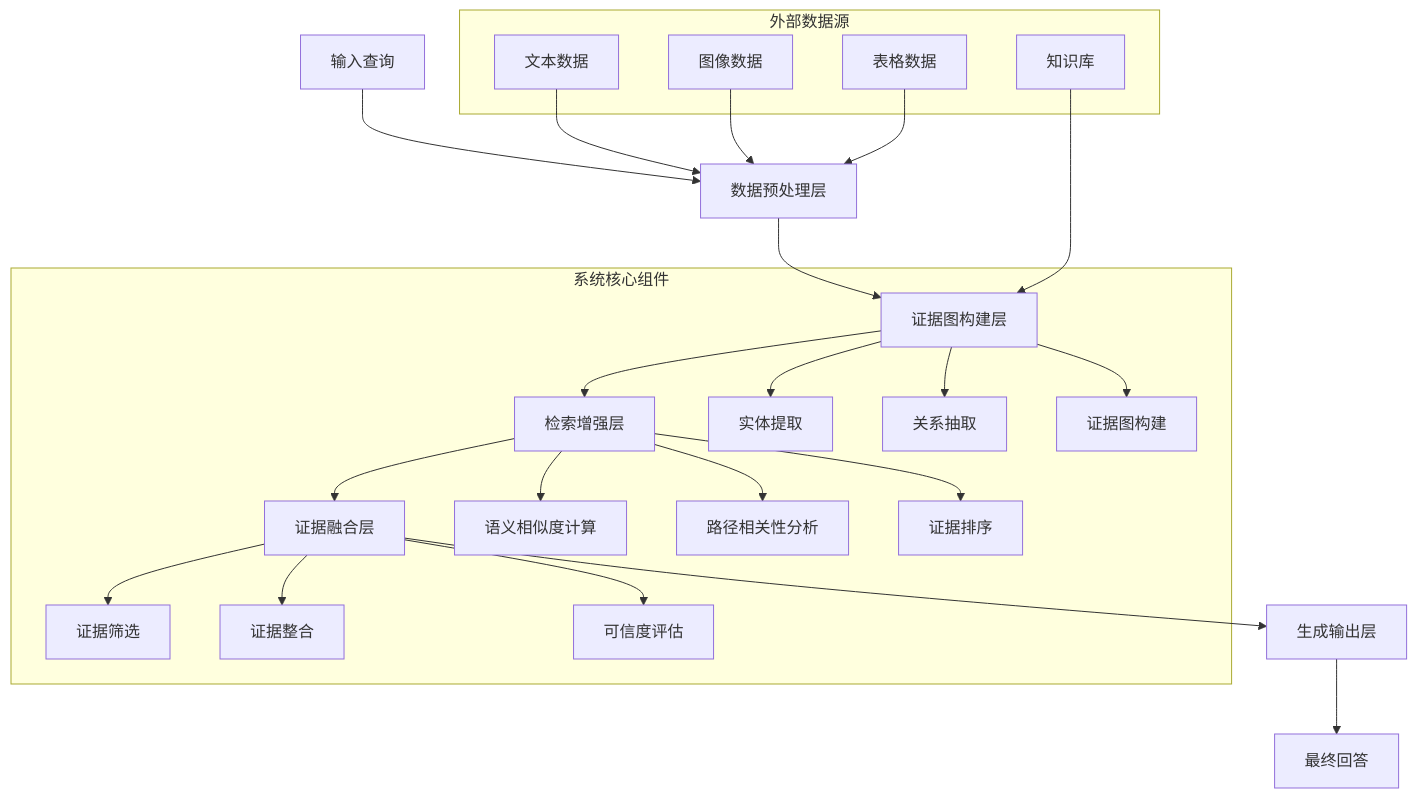
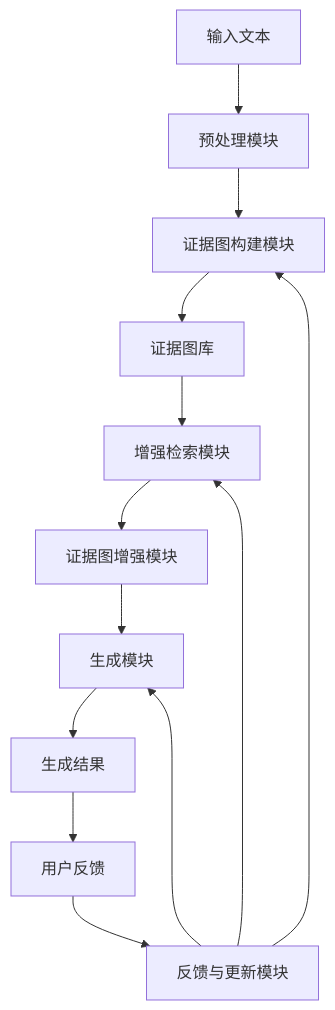
One commit to valkryhx/patent_agents changed the diagram in output/progress/以证据图增强的rag系统_ada191f4/03_summary.md. Above: the diagram before and after it, drawn with Mermaid. The commit also changed other lines of this file and 2 other files, not shown here.

````diff
--- a/output/progress/以证据图增强的rag系统_ada191f4/03_summary.md
+++ b/output/progress/以证据图增强的rag系统_ada191f4/03_summary.md
@@ -13,33 +11,15 @@
 ```mermaid
 graph TD
-    A[输入查询] --> B[数据预处理层]
-    B --> C[证据图构建层]
-    C --> D[检索增强层]
-    D --> E[证据融合层]
-    E --> F[生成输出层]
-    F --> G[最终回答]
-    
-    subgraph 系统核心组件
-        C --> C1[实体提取]
-        C --> C2[关系抽取]
-        C --> C3[证据图构建]
-        D --> D1[语义相似度计算]
-        D --> D2[路径相关性分析]
-        D --> D3[证据排序]
-        E --> E1[证据筛选]
-        E --> E2[证据整合]
-        E --> E3[可信度评估]
-    end
-    
-    subgraph 外部数据源
-        H[文本数据]
-        I[图像数据]
-        J[表格数据]
-        K[知识库]
-    end
-    
-    H --> B
-    I --> B
-    J --> B
-    K --> C
+    A[输入文本] --> B[预处理模块]
+    B --> C[证据图构建模块]
+    C --> D[证据图库]
+    D --> E[增强检索模块]
+    E --> F[证据图增强模块]
+    F --> G[生成模块]
+    G --> H[生成结果]
+    H --> I[用户反馈]
+    I --> J[反馈与更新模块]
+    J --> C
+    J --> E
+    J --> G
 ```
````
